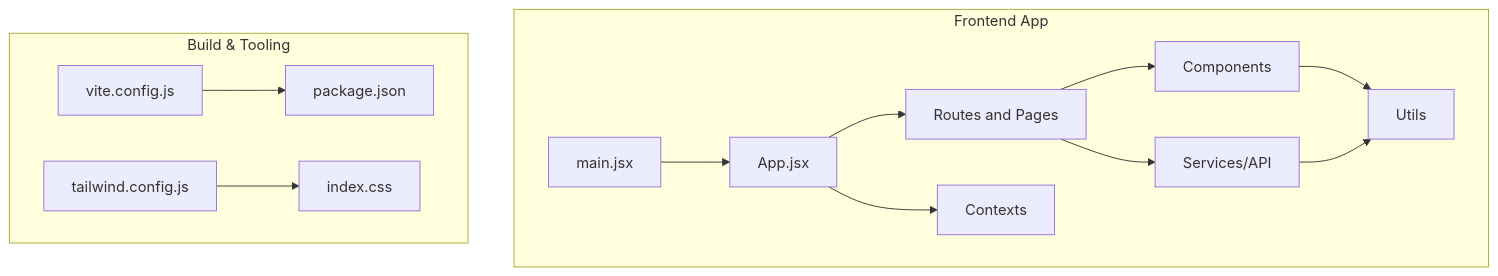
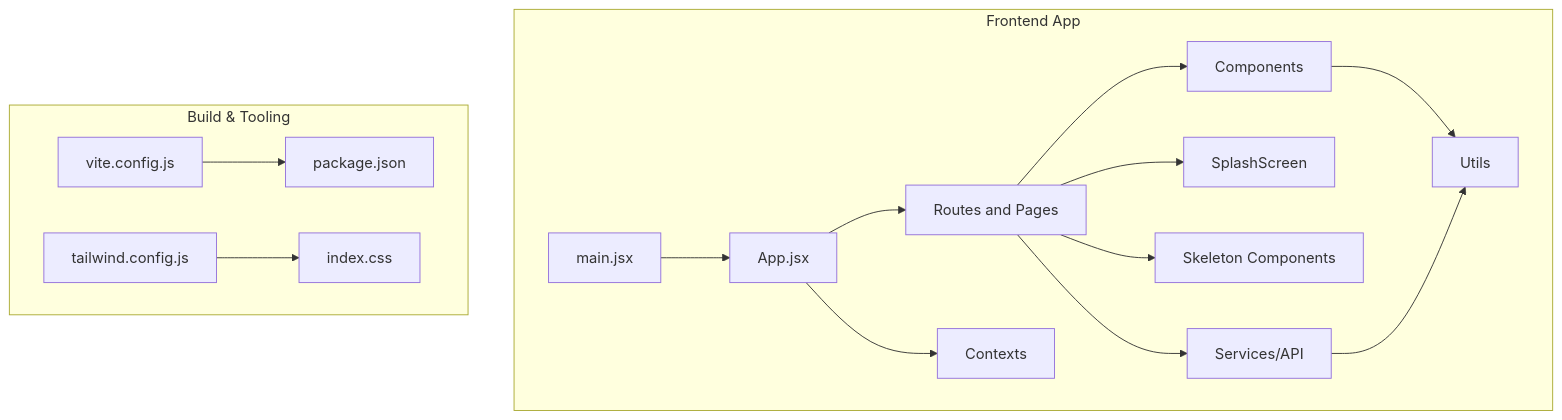
Before and after one commit to Pavan-PSPK9032/TrendsandToss: the first of 3 diagrams in .qoder/repowiki/en/content/Performance Optimization/Frontend Performance.md, drawn with Mermaid. The commit also changed other lines of this file and 27 other files, not shown here.

````diff
--- a/.qoder/repowiki/en/content/Performance Optimization/Frontend Performance.md
+++ b/.qoder/repowiki/en/content/Performance Optimization/Frontend Performance.md
@@ -45,27 +55,31 @@
 ```mermaid
 graph TB
 subgraph "Frontend App"
 M["main.jsx"]
 A["App.jsx"]
 R["Routes and Pages"]
 C["Components"]
 U["Utils"]
 S["Services/API"]
 X["Contexts"]
+SP["SplashScreen"]
+SK["Skeleton Components"]
 end
 subgraph "Build & Tooling"
 V["vite.config.js"]
 P["package.json"]
 T["tailwind.config.js"]
 I["index.css"]
 end
 M --> A
 A --> R
 R --> C
+R --> SP
+R --> SK
 C --> U
 R --> S
 S --> U
 A --> X
 V --> P
 T --> I
 ```
````
